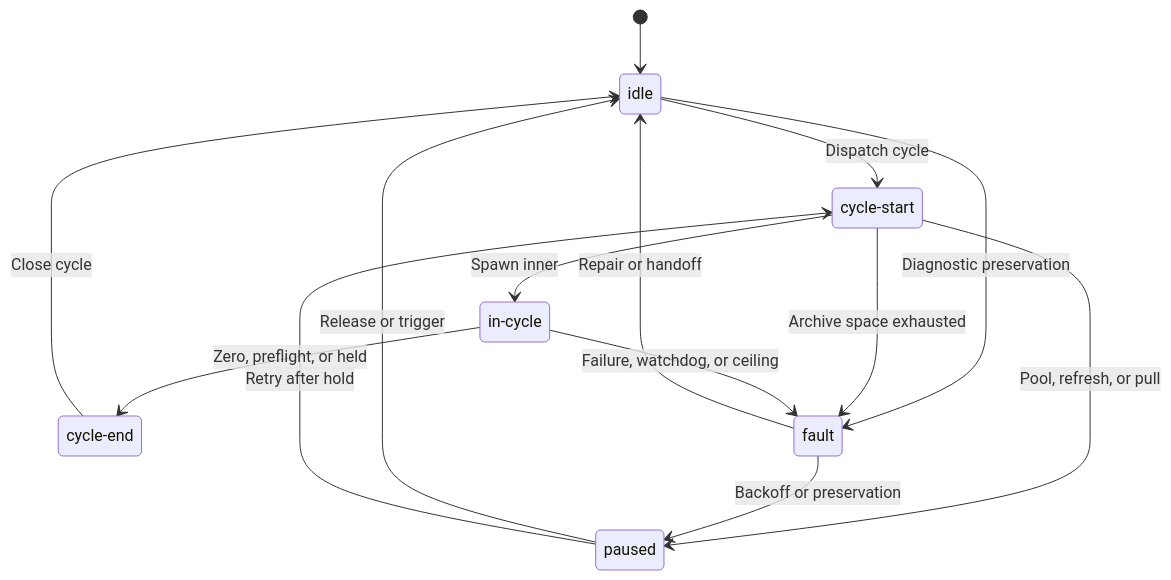
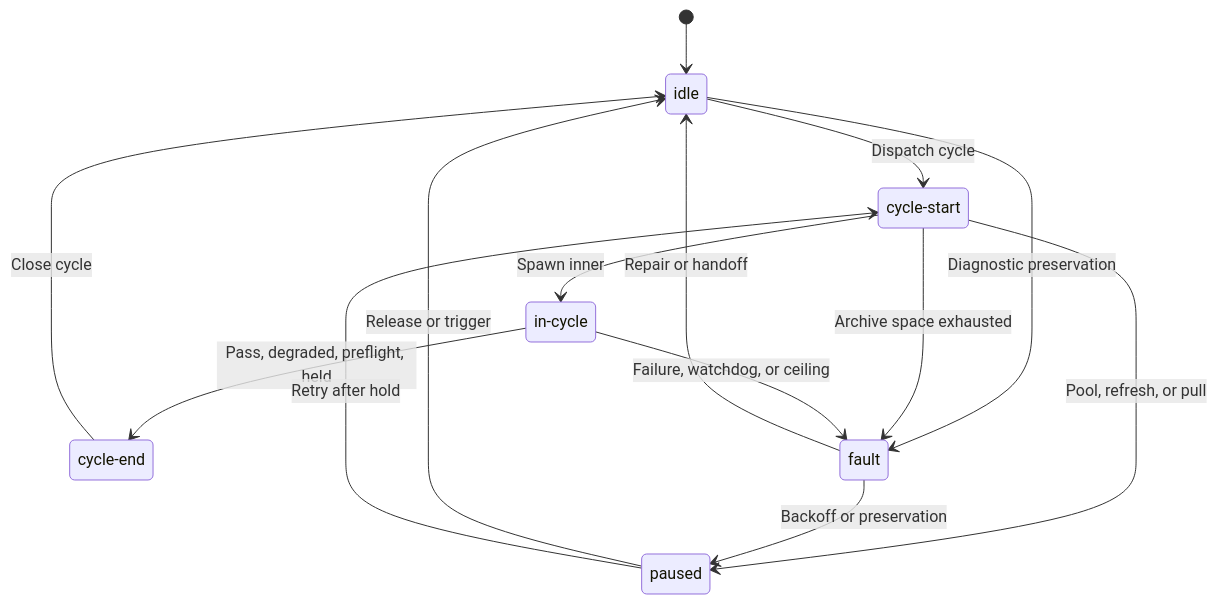
One commit to alissonsol/yuruna changed the first of 9 diagrams in docs/design/04-lifecycle-state.md. Above: the diagram before and after it, drawn with Mermaid. The commit also changed other lines of this file and 2042 other files, not shown here.

````diff
--- a/docs/design/04-lifecycle-state.md
+++ b/docs/design/04-lifecycle-state.md
@@ -11,22 +11,22 @@
 ```mermaid
 stateDiagram-v2
     state "idle" as idle
     state "cycle-start" as cycle_start
     state "in-cycle" as in_cycle
     state "cycle-end" as cycle_end
     state "fault" as fault
     state "paused" as paused
     [*] --> idle
     idle --> cycle_start: Dispatch cycle
     idle --> fault: Diagnostic preservation
     cycle_start --> in_cycle: Spawn inner
     cycle_start --> fault: Archive space exhausted
     cycle_start --> paused: Pool, refresh, or pull
-    in_cycle --> cycle_end: Zero, preflight, or held
+    in_cycle --> cycle_end: Pass, degraded, preflight, held
     in_cycle --> fault: Failure, watchdog, or ceiling
     cycle_end --> idle: Close cycle
     fault --> paused: Backoff or preservation
     fault --> idle: Repair or handoff
     paused --> idle: Release or trigger
     paused --> cycle_start: Retry after hold
 ```
````
